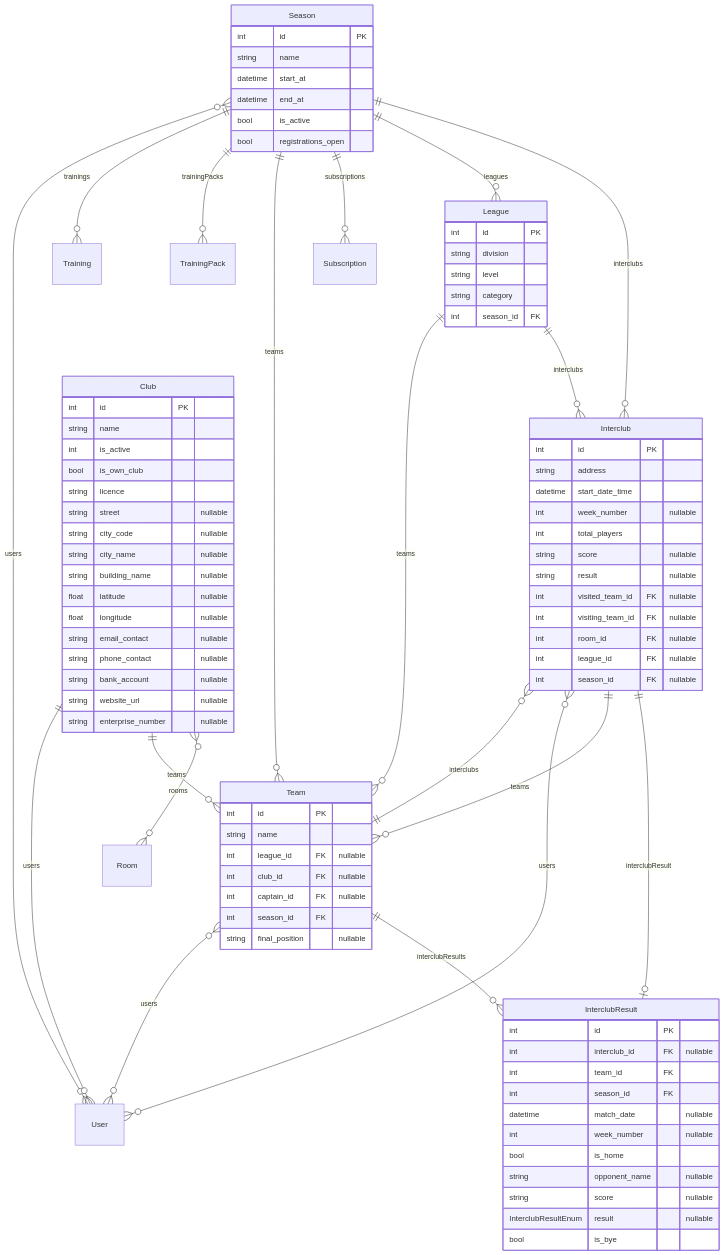
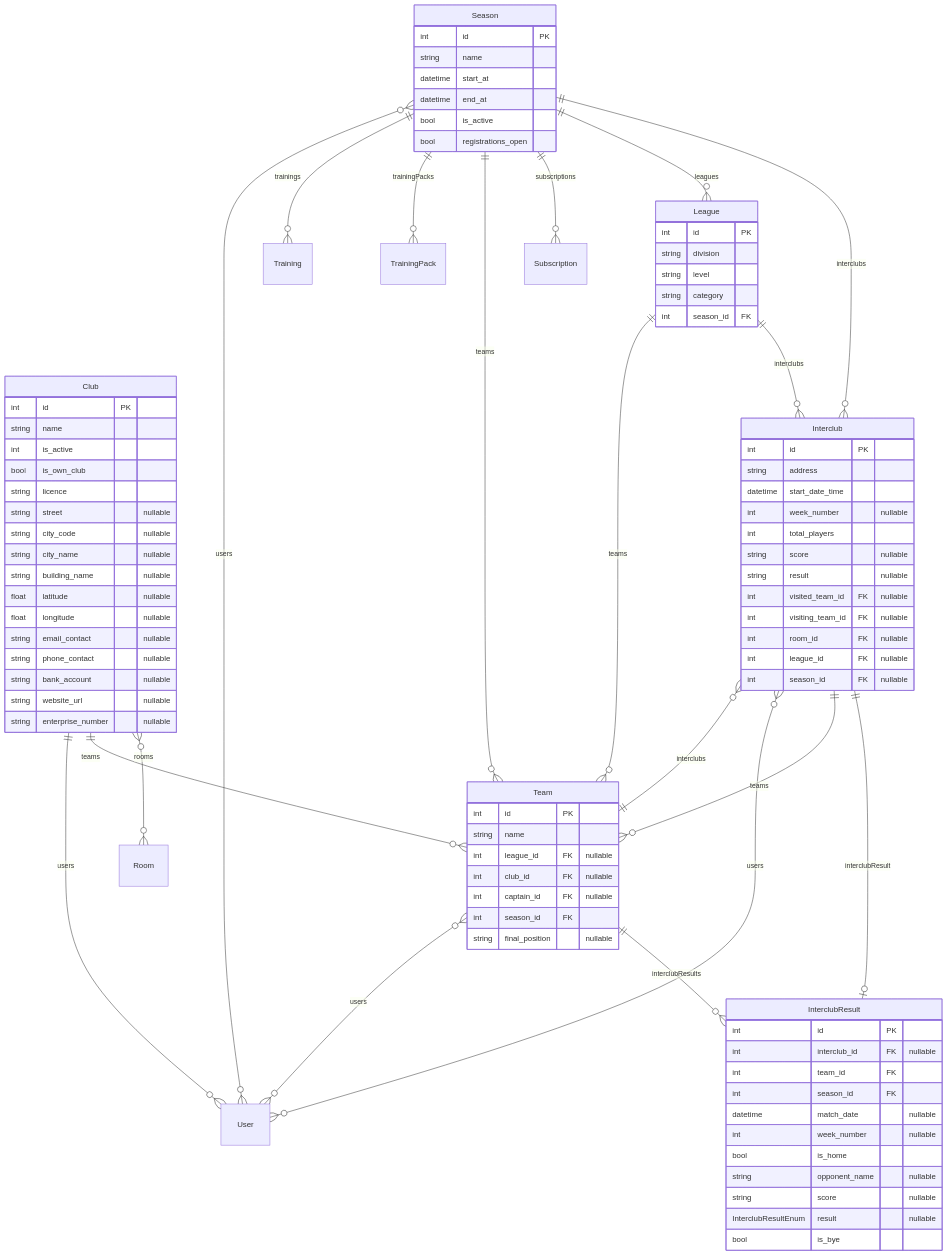
One commit to Paupoo/tabletennisclub-app changed the diagram in docs/erd/competitions-interclub.md. Above: the diagram before and after it, drawn with Mermaid. The commit also changed other lines of this file and 23 other files, not shown here.

````diff
--- a/docs/erd/competitions-interclub.md
+++ b/docs/erd/competitions-interclub.md
@@ -3,19 +3,5 @@
 ```mermaid
 erDiagram
-    Interclub {
-        int id PK
-        string address
-        datetime start_date_time
-        int week_number "nullable"
-        int total_players
-        string score "nullable"
-        string result "nullable"
-        int visited_team_id FK "nullable"
-        int visiting_team_id FK "nullable"
-        int room_id FK "nullable"
-        int league_id FK "nullable"
-        int season_id FK "nullable"
-    }
     InterclubResult {
         int id PK
         int interclub_id FK "nullable"
@@ -71,10 +57,21 @@
         string website_url "nullable"
         string enterprise_number "nullable"
     }
+    Interclub {
+        int id PK
+        string address
+        datetime start_date_time
+        int week_number "nullable"
+        int total_players
+        string score "nullable"
+        string result "nullable"
+        int visited_team_id FK "nullable"
+        int visiting_team_id FK "nullable"
+        int room_id FK "nullable"
+        int league_id FK "nullable"
+        int season_id FK "nullable"
+    }
 
-    Interclub ||--o| InterclubResult : "interclubResult"
-    Interclub ||--o{ Team : "teams"
-    Interclub }o--o{ User : "users"
     League ||--o{ Interclub : "interclubs"
     League ||--o{ Team : "teams"
     Season ||--o{ Interclub : "interclubs"
@@ -90,4 +87,7 @@
     Club }o--o{ Room : "rooms"
     Club ||--o{ Team : "teams"
     Club ||--o{ User : "users"
+    Interclub ||--o| InterclubResult : "interclubResult"
+    Interclub ||--o{ Team : "teams"
+    Interclub }o--o{ User : "users"
 ```
````
